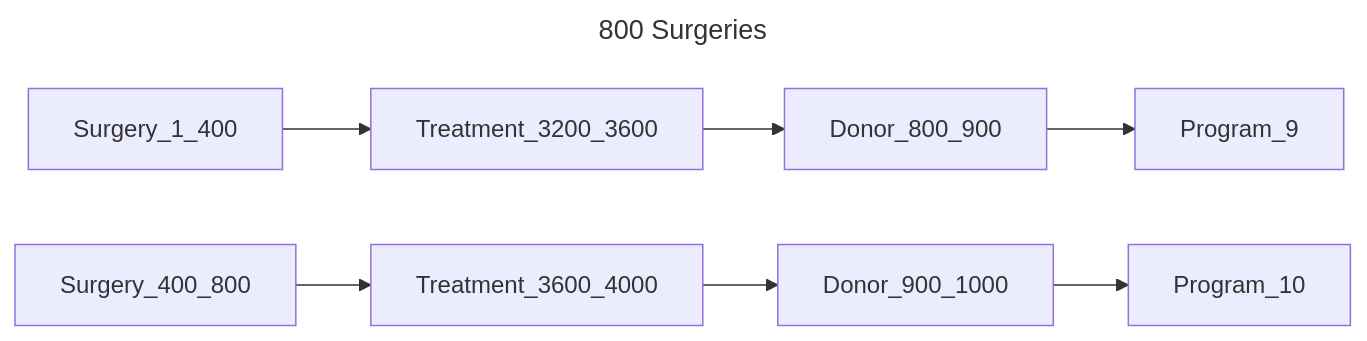
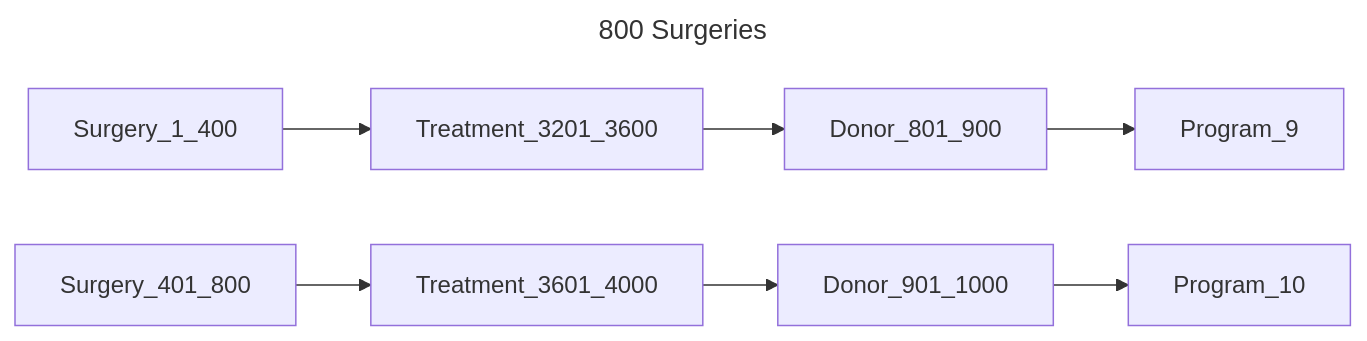
Before and after one commit to bento-platform/katsu: the tenth of 13 diagrams in chord_metadata_service/mohpackets/data/large_dataset/README.md, drawn with Mermaid. The commit also changed other lines of this file, not shown here.

````diff
--- a/chord_metadata_service/mohpackets/data/large_dataset/README.md
+++ b/chord_metadata_service/mohpackets/data/large_dataset/README.md
@@ -147,8 +147,8 @@
 ```mermaid
 ---
 title: 800 Surgeries
 ---
 graph LR;  
-  Surgery_1_400 --> Treatment_3200_3600 --> Donor_800_900 --> Program_9;
-  Surgery_400_800 --> Treatment_3600_4000 --> Donor_900_1000 --> Program_10;  
+  Surgery_1_400 --> Treatment_3201_3600 --> Donor_801_900 --> Program_9;
+  Surgery_401_800 --> Treatment_3601_4000 --> Donor_901_1000 --> Program_10;  
 ```
````
